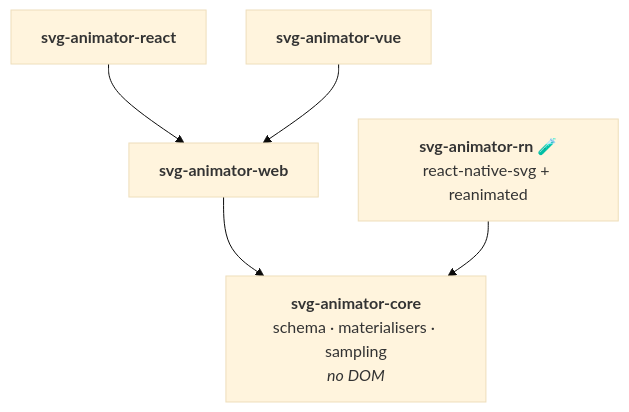
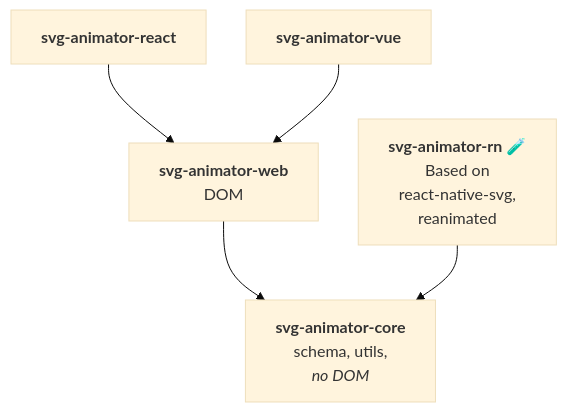
Before and after one commit to pixodesk/pixodesk-svg-animator: the third of 3 diagrams in docs/01-start--introduction.md, drawn with Mermaid. The commit also changed other lines of this file and 14 other files, not shown here.

````diff
--- a/docs/01-start--introduction.md
+++ b/docs/01-start--introduction.md
@@ -106,14 +106,14 @@
 ```mermaid
 %%{init: {'theme':'base', 'flowchart':{'nodeSpacing': 40, 'rankSpacing': 55, 'curve': 'basis'}}}%%
 flowchart TD
-    Core["<b>svg-animator-core</b><br/>schema · materialisers · sampling<br/><i>no DOM</i>"]
-    Web["<b>svg-animator-web</b>"]
-    RN["<b>svg-animator-rn</b> 🧪<br/>react-native-svg + reanimated"]
+    Core["<b>svg-animator-core</b><br/>schema, utils,<br/><i>no DOM</i>"]
+    Web["<b>svg-animator-web</b><br/>DOM"]
+    RN["<b>svg-animator-rn</b> 🧪<br/>Based on <br/>react-native-svg,<br/>reanimated"]
     React["<b>svg-animator-react</b>"]
     Vue["<b>svg-animator-vue</b>"]
 
     React --> Web
     Vue --> Web
     Web --> Core
     RN --> Core
 ```
````
